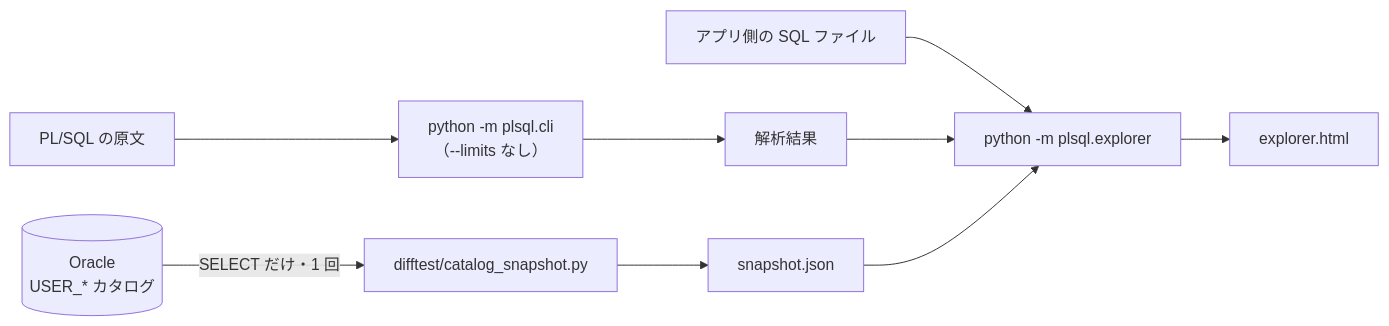
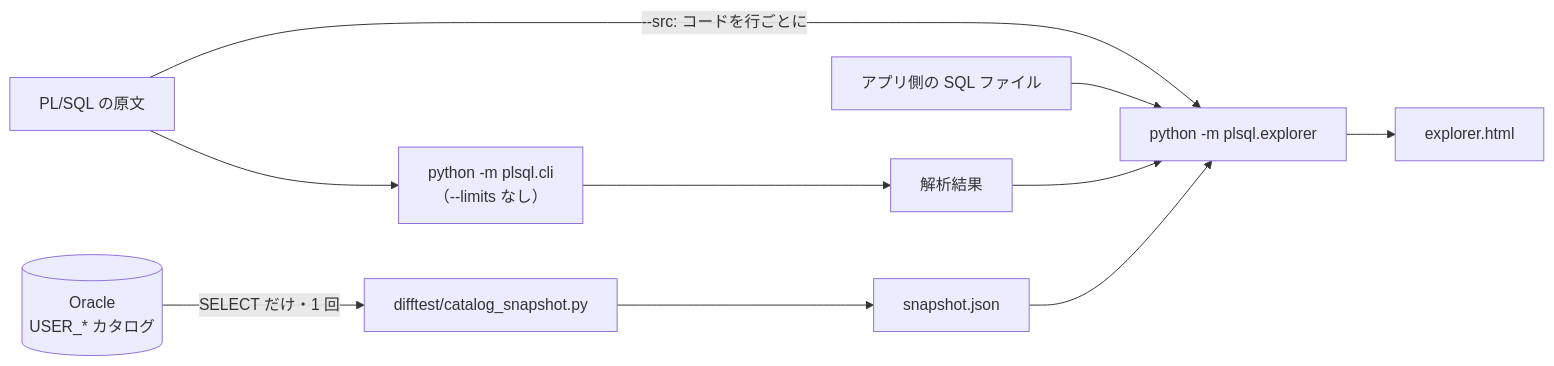
One commit to wfukatsu/sql-migration changed the diagram in docs/guide/explorer.md. Above: the diagram before and after it, drawn with Mermaid. The commit also changed other lines of this file and 3 other files, not shown here.

First line of the commit message:
Explorer の画面に、コード・判定の中身・索引と統計・外部キーの図を出す

````diff
--- a/docs/guide/explorer.md
+++ b/docs/guide/explorer.md
@@ -9,9 +9,10 @@
 ```mermaid
 flowchart LR
   O[("Oracle<br/>USER_* カタログ")] -->|"SELECT だけ・1 回"| C["difftest/catalog_snapshot.py"] --> S["snapshot.json"]
   P["PL/SQL の原文"] --> A["python -m plsql.cli<br/>（--limits なし）"] --> D["解析結果"]
+  P -->|"--src: コードを行ごとに"| E
   Q["アプリ側の SQL ファイル"] --> E
   D --> E["python -m plsql.explorer"]
   S --> E
   E --> H["explorer.html"]
 ```
````
